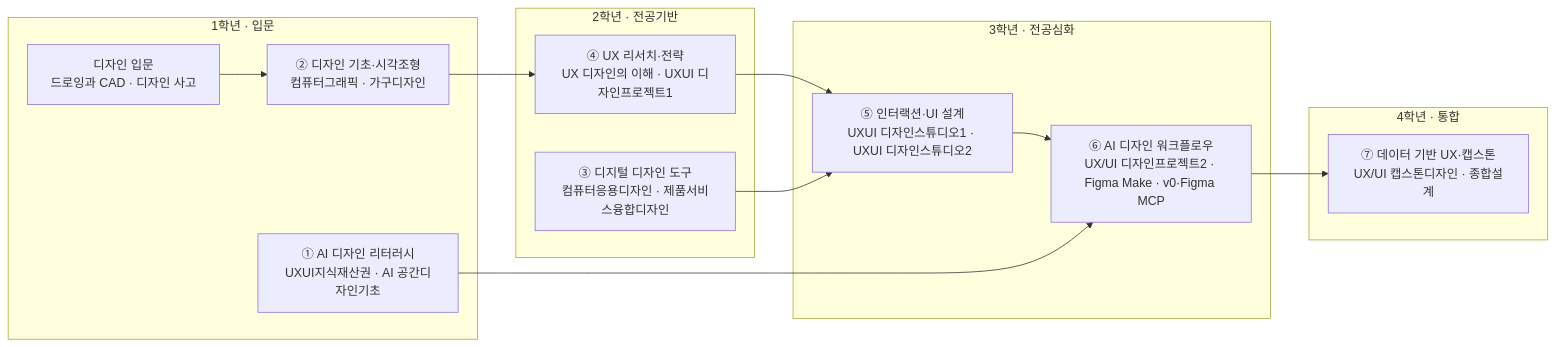
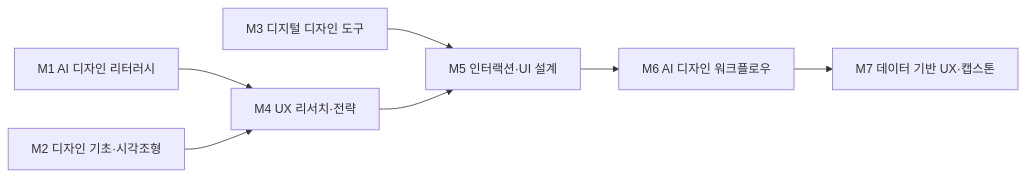
The diagram in docs/design/uxui-design.md (parclab-hsu/ai-curriculum-2026), drawn with Mermaid before and after one commit. The commit also changed other lines of this file and 22 other files, not shown here.

````diff
--- a/docs/design/uxui-design.md
+++ b/docs/design/uxui-design.md
@@ -116,22 +128,7 @@
 ```mermaid
 flowchart LR
-  subgraph Y1["1학년 · 입문"]
-    A0["디자인 입문<br/>드로잉과 CAD · 디자인 사고"]
-    M1["① AI 디자인 리터러시<br/>UXUI지식재산권 · AI 공간디자인기초"]
-    M2["② 디자인 기초·시각조형<br/>컴퓨터그래픽 · 가구디자인"]
-  end
-  subgraph Y2["2학년 · 전공기반"]
-    M3["③ 디지털 디자인 도구<br/>컴퓨터응용디자인 · 제품서비스융합디자인"]
-    M4["④ UX 리서치·전략<br/>UX 디자인의 이해 · UXUI 디자인프로젝트1"]
-  end
-  subgraph Y3["3학년 · 전공심화"]
-    M5["⑤ 인터랙션·UI 설계<br/>UXUI 디자인스튜디오1 · UXUI 디자인스튜디오2"]
-    M6["⑥ AI 디자인 워크플로우<br/>UX/UI 디자인프로젝트2 · Figma Make · v0·Figma MCP"]
-  end
-  subgraph Y4["4학년 · 통합"]
-    CAP["⑦ 데이터 기반 UX·캡스톤<br/>UX/UI 캡스톤디자인 · 종합설계"]
-  end
-  A0 --> M2 --> M4 --> M5 --> M6 --> CAP
-  M1 --> M6
-  M3 --> M5
+  M1["M1 AI 디자인 리터러시"] --> M4["M4 UX 리서치·전략"]
+  M2["M2 디자인 기초·시각조형"] --> M4
+  M3["M3 디지털 디자인 도구"] --> M5["M5 인터랙션·UI 설계"]
+  M4 --> M5 --> M6["M6 AI 디자인 워크플로우"] --> M7["M7 데이터 기반 UX·캡스톤"]
 ```
````
